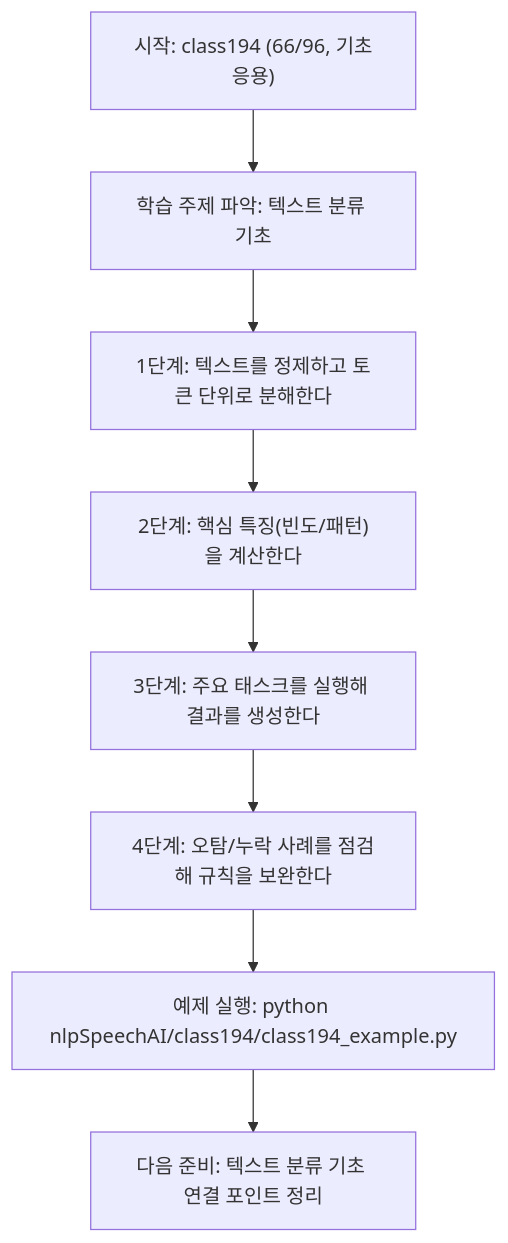
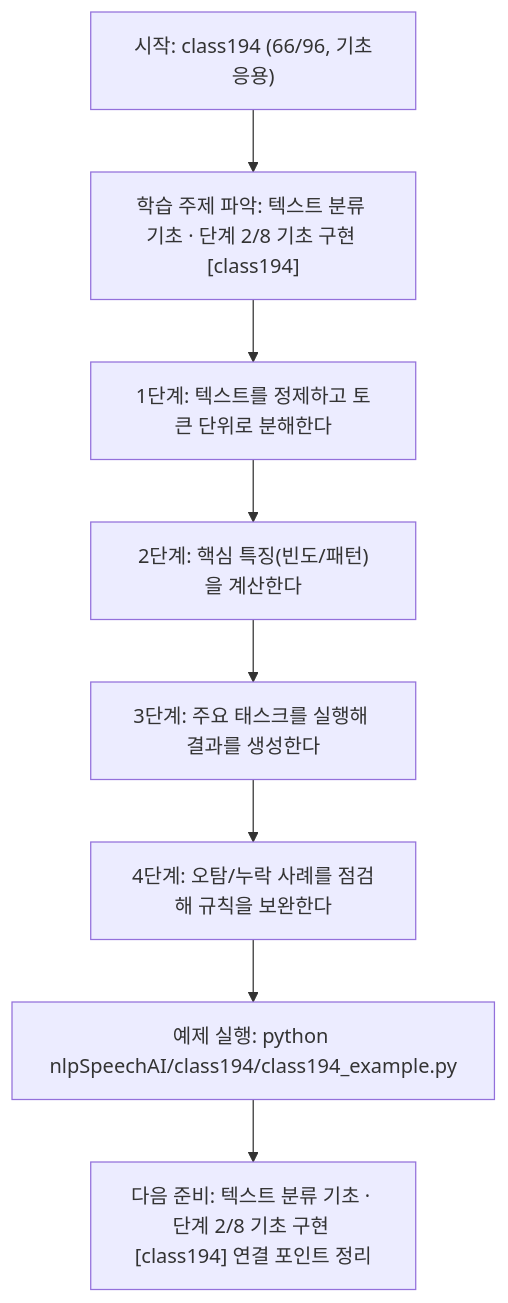
One commit to edumgt/Python-AI_Agent-Class changed the diagram in nlpSpeechAI/class194/class194.md. Above: the diagram before and after it, drawn with Mermaid. The commit also changed other lines of this file and 522 other files, not shown here.

````diff
--- a/nlpSpeechAI/class194/class194.md
+++ b/nlpSpeechAI/class194/class194.md
@@ -113,18 +114,18 @@
 ```mermaid
 flowchart TD
 N1["시작: class194 (66/96, 기초응용)"]
-N2["학습 주제 파악: 텍스트 분류 기초"]
+N2["학습 주제 파악: 텍스트 분류 기초 · 단계 2/8 기초 구현 [class194]"]
 N3["1단계: 텍스트를 정제하고 토큰 단위로 분해한다"]
 N4["2단계: 핵심 특징(빈도/패턴)을 계산한다"]
 N5["3단계: 주요 태스크를 실행해 결과를 생성한다"]
 N6["4단계: 오탐/누락 사례를 점검해 규칙을 보완한다"]
 N7["예제 실행: python nlpSpeechAI/class194/class194_example.py"]
-N8["다음 준비: 텍스트 분류 기초 연결 포인트 정리"]
+N8["다음 준비: 텍스트 분류 기초 · 단계 2/8 기초 구현 [class194] 연결 포인트 정리"]
 N1 --> N2
 N2 --> N3
 N3 --> N4
 N4 --> N5
 N5 --> N6
 N6 --> N7
 N7 --> N8
 ```
````
